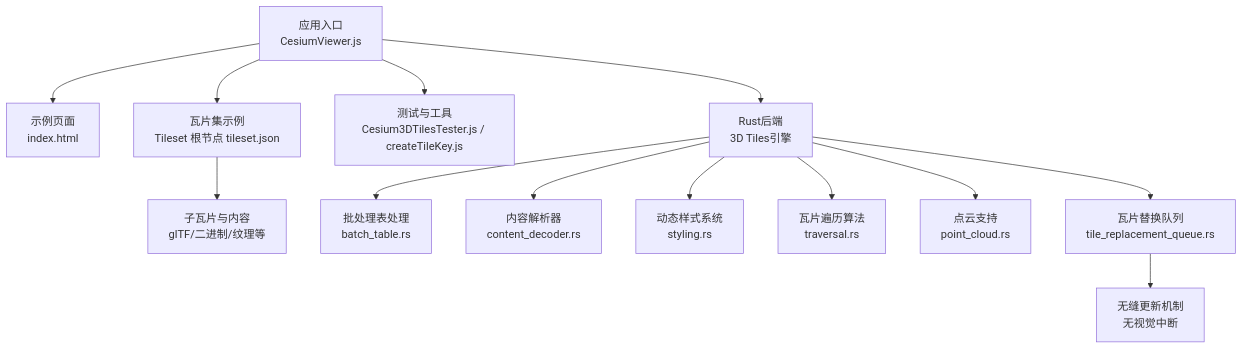
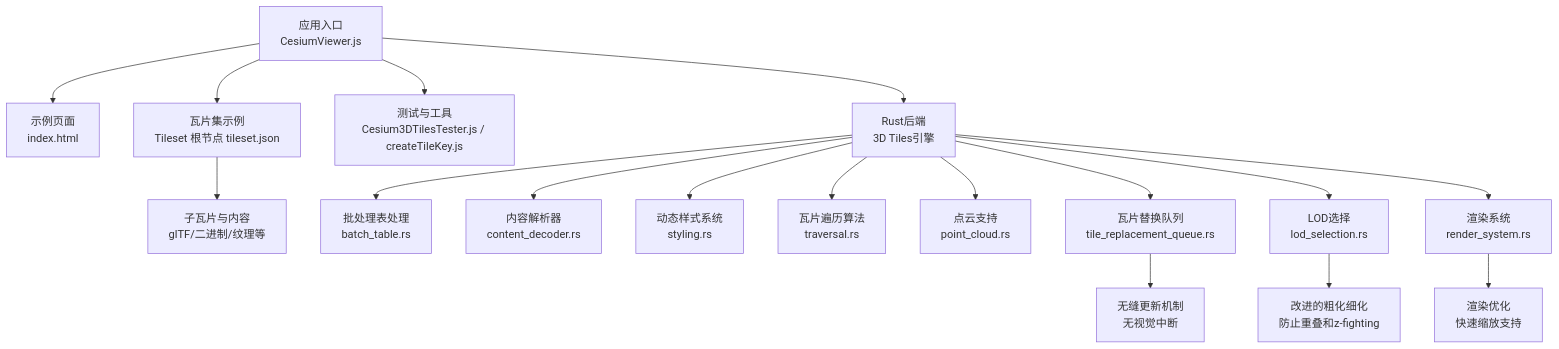
Before and after one commit to rzhangjing/cesium: the first of 11 diagrams in .qoder/repowiki/zh/content/项目概述/核心特性/3D数据格式支持/3D Tiles标准支持/瓦片集管理.md, drawn with Mermaid. The commit also changed other lines of this file and 407 other files, not shown here.

````diff
--- a/.qoder/repowiki/zh/content/项目概述/核心特性/3D数据格式支持/3D Tiles标准支持/瓦片集管理.md
+++ b/.qoder/repowiki/zh/content/项目概述/核心特性/3D数据格式支持/3D Tiles标准支持/瓦片集管理.md
@@ -62,15 +69,19 @@
 ```mermaid
 graph TB
 A["应用入口<br/>CesiumViewer.js"] --> B["示例页面<br/>index.html"]
 A --> C["瓦片集示例<br/>Tileset 根节点 tileset.json"]
 C --> D["子瓦片与内容<br/>glTF/二进制/纹理等"]
 A --> E["测试与工具<br/>Cesium3DTilesTester.js / createTileKey.js"]
 A --> F["Rust后端<br/>3D Tiles引擎"]
 F --> G["批处理表处理<br/>batch_table.rs"]
 F --> H["内容解析器<br/>content_decoder.rs"]
 F --> I["动态样式系统<br/>styling.rs"]
 F --> J["瓦片遍历算法<br/>traversal.rs"]
 F --> K["点云支持<br/>point_cloud.rs"]
 F --> L["瓦片替换队列<br/>tile_replacement_queue.rs"]
-L --> M["无缝更新机制<br/>无视觉中断"]
+F --> M["LOD选择<br/>lod_selection.rs"]
+F --> N["渲染系统<br/>render_system.rs"]
+L --> O["无缝更新机制<br/>无视觉中断"]
+M --> P["改进的粗化细化<br/>防止重叠和z-fighting"]
+N --> Q["渲染优化<br/>快速缩放支持"]
 ```
````
